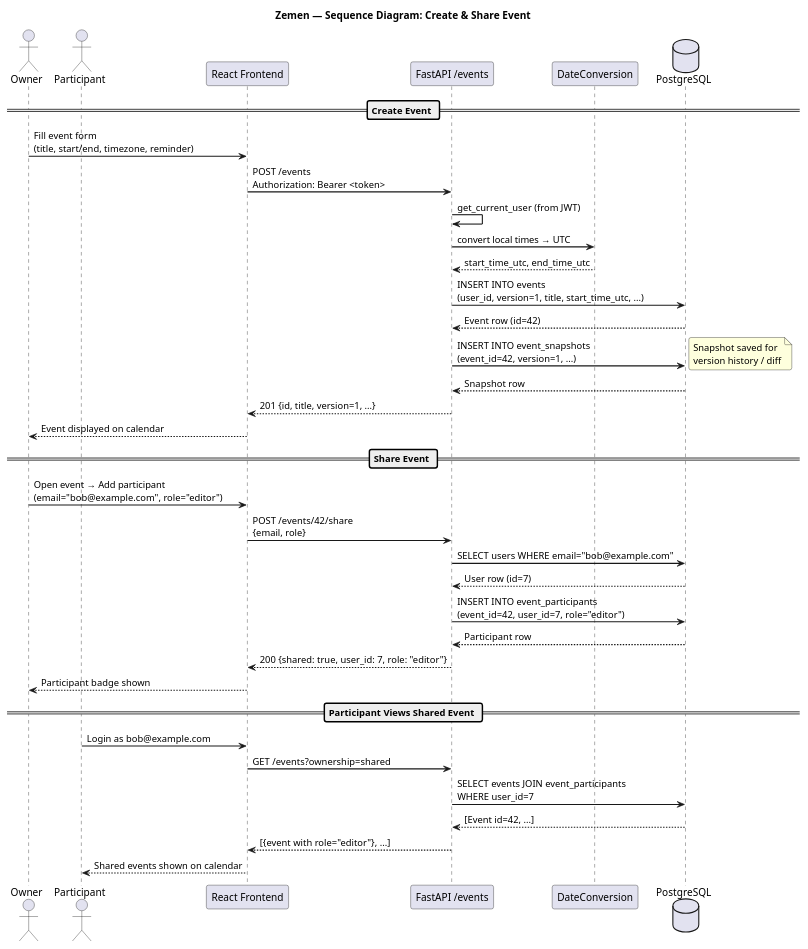
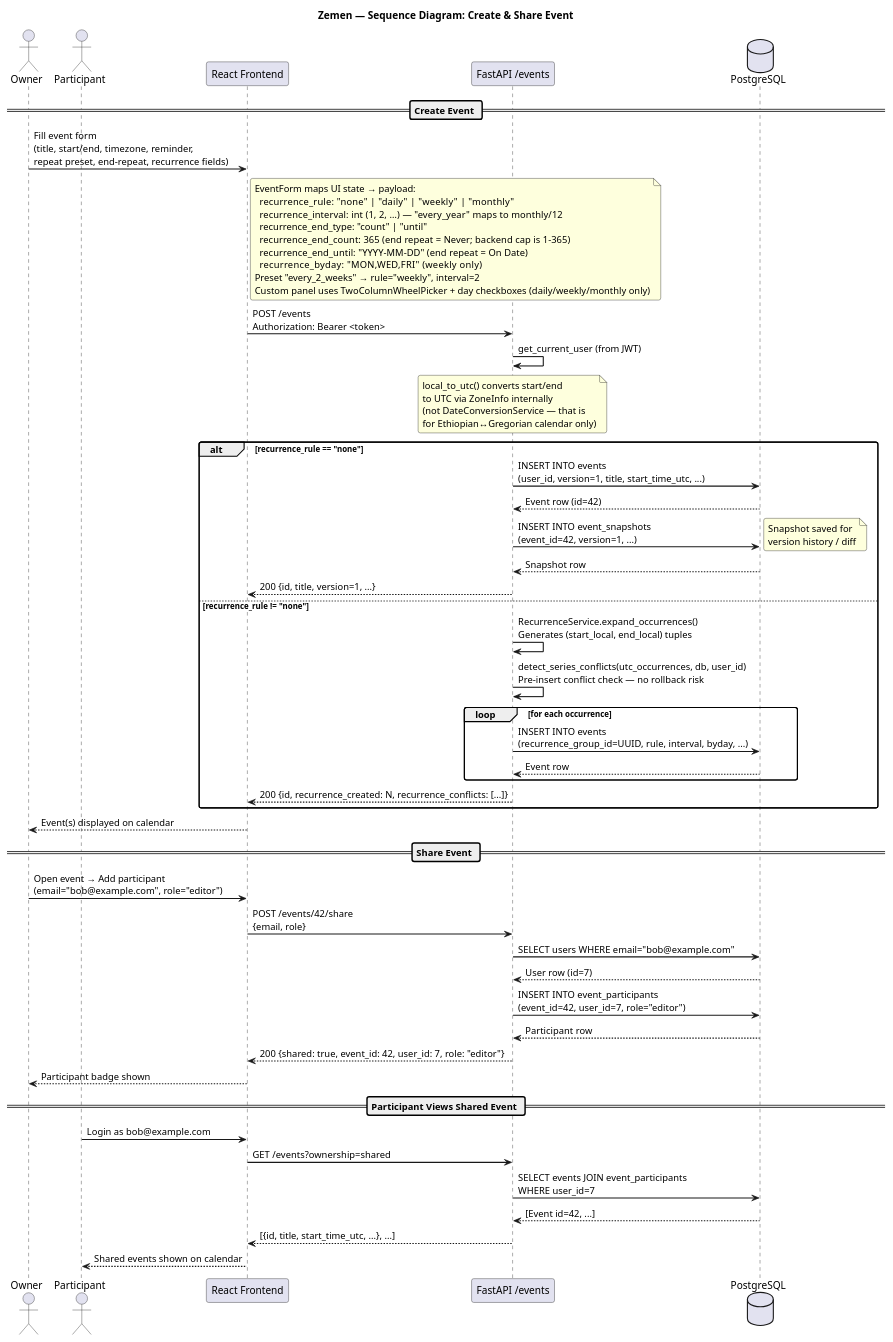
Before and after one commit to aklesiaberihu/Dual-Calendar-: the diagram in docs/uml/seq_create_event.puml, drawn with PlantUML. The commit also changed 51 other files, not shown here.

```diff
--- a/docs/uml/seq_create_event.puml
+++ b/docs/uml/seq_create_event.puml
@@ -1,50 +1,69 @@
 @startuml Sequence_Create_Event
 title Zemen — Sequence Diagram: Create & Share Event
 
 skinparam sequenceArrowThickness 1.5
 skinparam roundcorner 6
 skinparam FontName Arial
 
 actor       "Owner"          as O
 actor       "Participant"     as P
 participant "React Frontend"  as FE
 participant "FastAPI /events" as EV
-participant "DateConversion"  as DC
 database    "PostgreSQL"      as DB
 
 == Create Event ==
 
-O -> FE : Fill event form\n(title, start/end, timezone, reminder)
+O -> FE : Fill event form\n(title, start/end, timezone, reminder,\nrepeat preset, end-repeat, recurrence fields)
+note right of FE
+  EventForm maps UI state → payload:
+    recurrence_rule:     "none" | "daily" | "weekly" | "monthly"
+    recurrence_interval: int (1, 2, …)   — "every_year" maps to monthly/12
+    recurrence_end_type: "count" | "until"
+    recurrence_end_count: 365  (end repeat = Never; backend cap is 1-365)
+    recurrence_end_until: "YYYY-MM-DD"  (end repeat = On Date)
+    recurrence_byday:    "MON,WED,FRI"  (weekly only)
+  Preset "every_2_weeks" → rule="weekly", interval=2
+  Custom panel uses TwoColumnWheelPicker + day checkboxes (daily/weekly/monthly only)
+end note
 FE -> EV : POST /events\nAuthorization: Bearer <token>
 EV -> EV : get_current_user (from JWT)
-EV -> DC : convert local times → UTC
-DC --> EV : start_time_utc, end_time_utc
-EV -> DB : INSERT INTO events\n(user_id, version=1, title, start_time_utc, ...)
-DB --> EV : Event row (id=42)
-EV -> DB : INSERT INTO event_snapshots\n(event_id=42, version=1, ...)
-note right : Snapshot saved for\nversion history / diff
-DB --> EV : Snapshot row
-EV --> FE : 201 {id, title, version=1, ...}
-FE --> O : Event displayed on calendar
+note over EV : local_to_utc() converts start/end\nto UTC via ZoneInfo internally\n(not DateConversionService — that is\nfor Ethiopian↔Gregorian calendar only)
+alt recurrence_rule == "none"
+  EV -> DB : INSERT INTO events\n(user_id, version=1, title, start_time_utc, ...)
+  DB --> EV : Event row (id=42)
+  EV -> DB : INSERT INTO event_snapshots\n(event_id=42, version=1, ...)
+  note right : Snapshot saved for\nversion history / diff
+  DB --> EV : Snapshot row
+  EV --> FE : 200 {id, title, version=1, ...}
+else recurrence_rule != "none"
+  EV -> EV : RecurrenceService.expand_occurrences()\nGenerates (start_local, end_local) tuples
+  EV -> EV : detect_series_conflicts(utc_occurrences, db, user_id)\nPre-insert conflict check — no rollback risk
+  loop for each occurrence
+    EV -> DB : INSERT INTO events\n(recurrence_group_id=UUID, rule, interval, byday, ...)
+    DB --> EV : Event row
+  end
+  EV --> FE : 200 {id, recurrence_created: N, recurrence_conflicts: [...]}
+end
+FE --> O : Event(s) displayed on calendar
 
 == Share Event ==
 
 O -> FE : Open event → Add participant\n(email="bob@example.com", role="editor")
 FE -> EV : POST /events/42/share\n{email, role}
 EV -> DB : SELECT users WHERE email="bob@example.com"
 DB --> EV : User row (id=7)
 EV -> DB : INSERT INTO event_participants\n(event_id=42, user_id=7, role="editor")
 DB --> EV : Participant row
-EV --> FE : 200 {shared: true, user_id: 7, role: "editor"}
+EV --> FE : 200 {shared: true, event_id: 42, user_id: 7, role: "editor"}
 FE --> O : Participant badge shown
 
 == Participant Views Shared Event ==
 
 P -> FE : Login as bob@example.com
 FE -> EV : GET /events?ownership=shared
 EV -> DB : SELECT events JOIN event_participants\nWHERE user_id=7
 DB --> EV : [Event id=42, ...]
-EV --> FE : [{event with role="editor"}, ...]
+EV --> FE : [{id, title, start_time_utc, ...}, ...]
 FE --> P : Shared events shown on calendar
 
 @enduml
```
